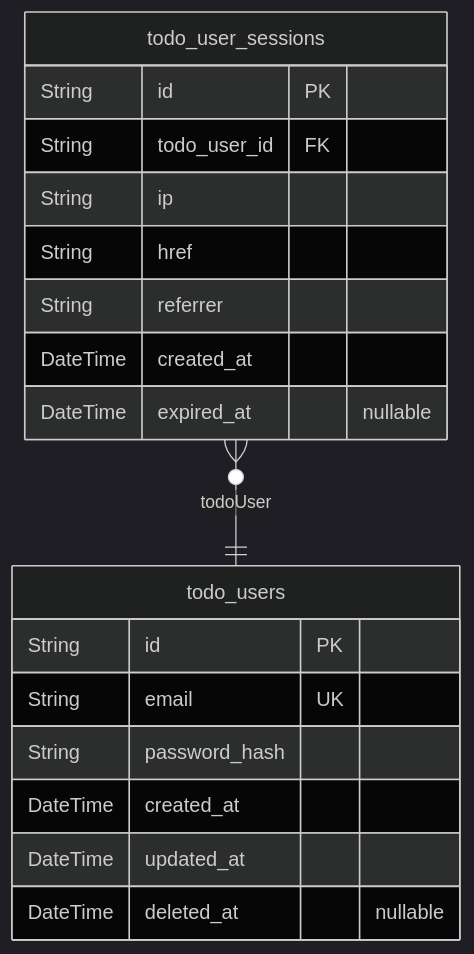
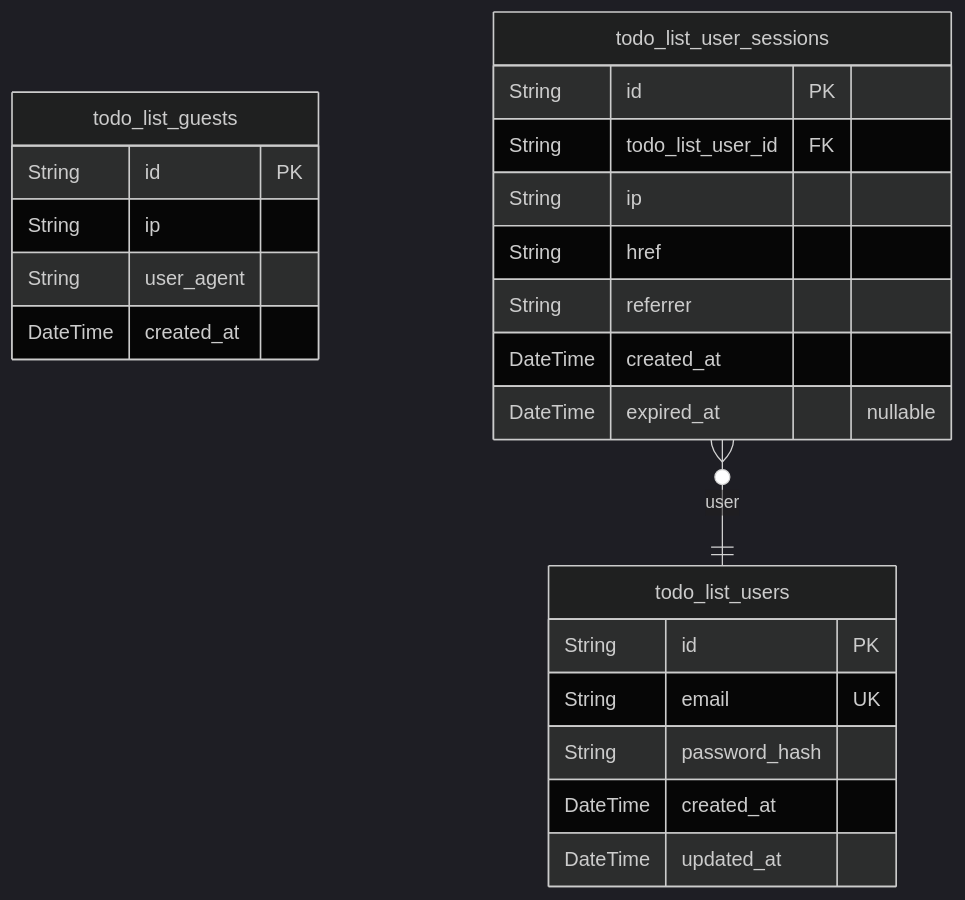
One commit to wrtnlabs/autobe-examples changed the first of 2 diagrams in openai/gpt-4.1-mini/todo/docs/ERD.md. Above: the diagram before and after it, drawn with Mermaid (dark theme). The commit also changed other lines of this file and 22498 other files, not shown here.

````diff
--- a/openai/gpt-4.1-mini/todo/docs/ERD.md
+++ b/openai/gpt-4.1-mini/todo/docs/ERD.md
@@ -10,21 +10,26 @@
 ```mermaid
 erDiagram
-"todo_users" {
+"todo_list_guests" {
+  String id PK
+  String ip
+  String user_agent
+  DateTime created_at
+}
+"todo_list_users" {
   String id PK
   String email UK
   String password_hash
   DateTime created_at
   DateTime updated_at
-  DateTime deleted_at "nullable"
 }
-"todo_user_sessions" {
+"todo_list_user_sessions" {
   String id PK
-  String todo_user_id FK
+  String todo_list_user_id FK
   String ip
   String href
   String referrer
   DateTime created_at
   DateTime expired_at "nullable"
 }
-"todo_user_sessions" }o--|| "todo_users" : todoUser
+"todo_list_user_sessions" }o--|| "todo_list_users" : user
 ```
````
